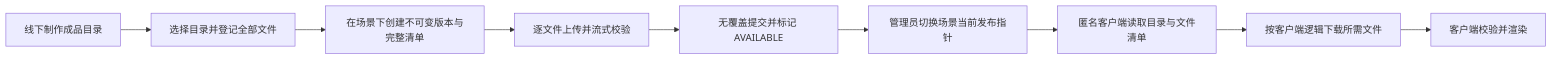
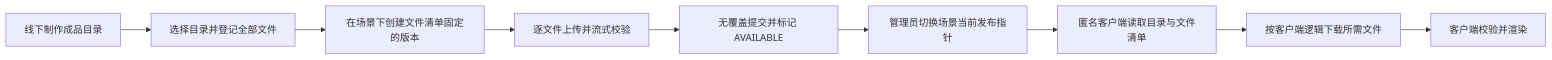
Before and after one commit to dailiuyi/innovation-ar-resource-platform: the sixth of 6 diagrams in docs/11-current-platform-architecture.md, drawn with Mermaid. The commit also changed other lines of this file and 12 other files, not shown here.

````diff
--- a/docs/11-current-platform-architecture.md
+++ b/docs/11-current-platform-architecture.md
@@ -183,11 +183,11 @@
 ```mermaid
 flowchart LR
-    Produce[线下制作成品目录] --> Descriptor[选择目录并登记全部文件]
-    Descriptor --> Version[在场景下创建不可变版本与完整清单]
+    Produce[线下制作成品目录] --> FileList[选择目录并登记全部文件]
+    FileList --> Version[在场景下创建文件清单固定的版本]
     Version --> Upload[逐文件上传并流式校验]
     Upload --> Commit[无覆盖提交并标记 AVAILABLE]
     Commit --> Publish[管理员切换场景当前发布指针]
     Publish --> Detail[匿名客户端读取目录与文件清单]
     Detail --> Download[按客户端逻辑下载所需文件]
     Download --> Render[客户端校验并渲染]
 ```
````
